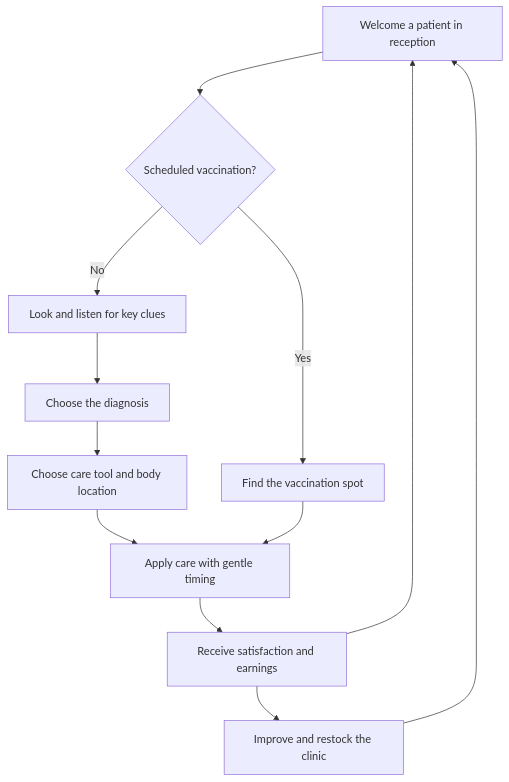
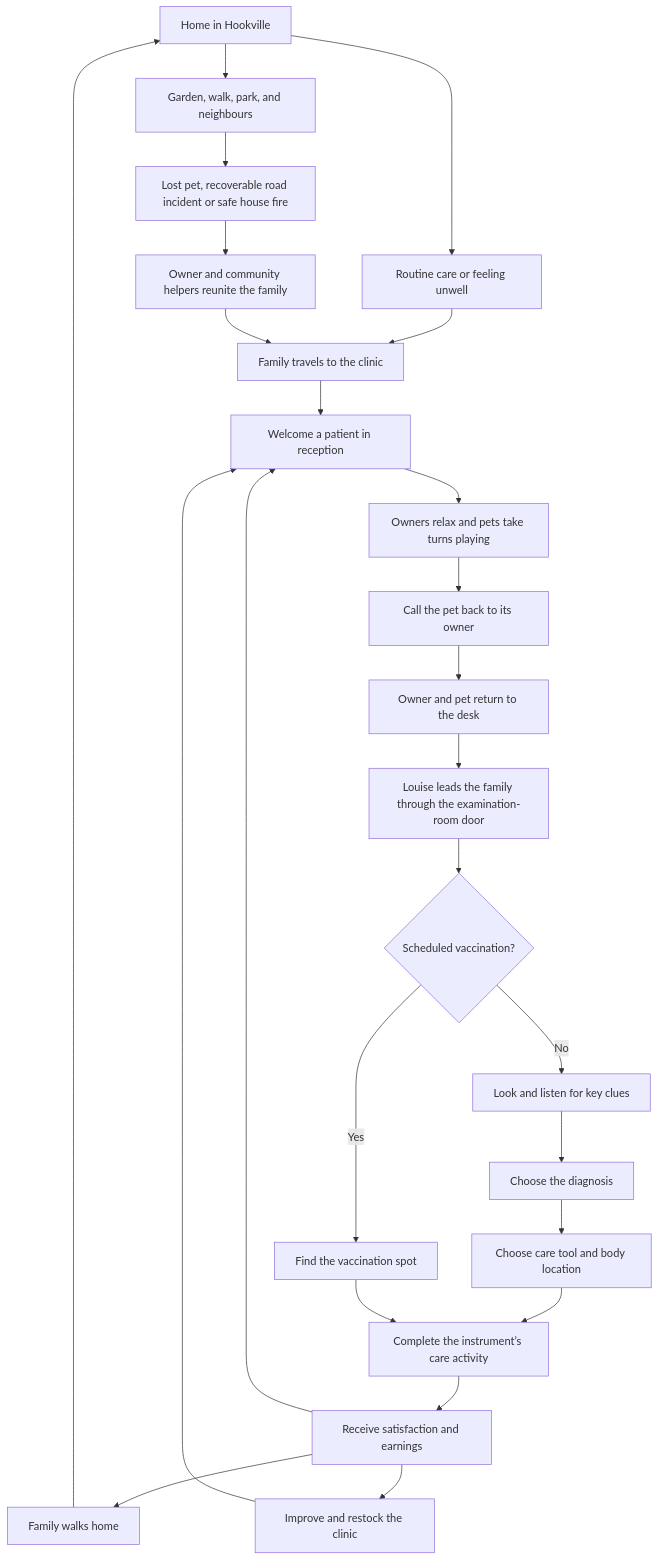
Before and after one commit to dbsanfte/louise-vet: the diagram in docs/game-design.md, drawn with Mermaid. The commit also changed other lines of this file and 246 other files, not shown here.

Commit message:
Bring Hookville to life and deploy Louise's Vet Office with tested HTTPS releases

````diff
--- a/docs/game-design.md
+++ b/docs/game-design.md
@@ -112,14 +505,27 @@
 ```mermaid
 flowchart TD
-  Office[Welcome a patient in reception] --> Routine{Scheduled vaccination?}
+  Home[Home in Hookville] --> Life[Garden, walk, park, and neighbours]
+  Home --> RoutineCare[Routine care or feeling unwell]
+  Life --> Mishap[Lost pet, recoverable road incident or safe house fire]
+  Mishap --> Helpers[Owner and community helpers reunite the family]
+  RoutineCare --> Journey[Family travels to the clinic]
+  Helpers --> Journey
+  Journey --> Office
+  Office[Welcome a patient in reception] --> Waiting[Owners relax and pets take turns playing]
+  Waiting --> Call[Call the pet back to its owner]
+  Call --> Desk[Owner and pet return to the desk]
+  Desk --> Escort[Louise leads the family through the examination-room door]
+  Escort --> Routine{Scheduled vaccination?}
   Routine -->|No| Examine[Look and listen for key clues]
   Examine --> Diagnose[Choose the diagnosis]
   Diagnose --> Plan[Choose care tool and body location]
   Routine -->|Yes| Site[Find the vaccination spot]
-  Plan --> Skill[Apply care with gentle timing]
+  Plan --> Skill[Complete the instrument’s care activity]
   Site --> Skill
   Skill --> Result[Receive satisfaction and earnings]
   Result --> Office
+  Result --> Homeward[Family walks home]
+  Homeward --> Home
   Result --> Shop[Improve and restock the clinic]
   Shop --> Office
 ```
````
